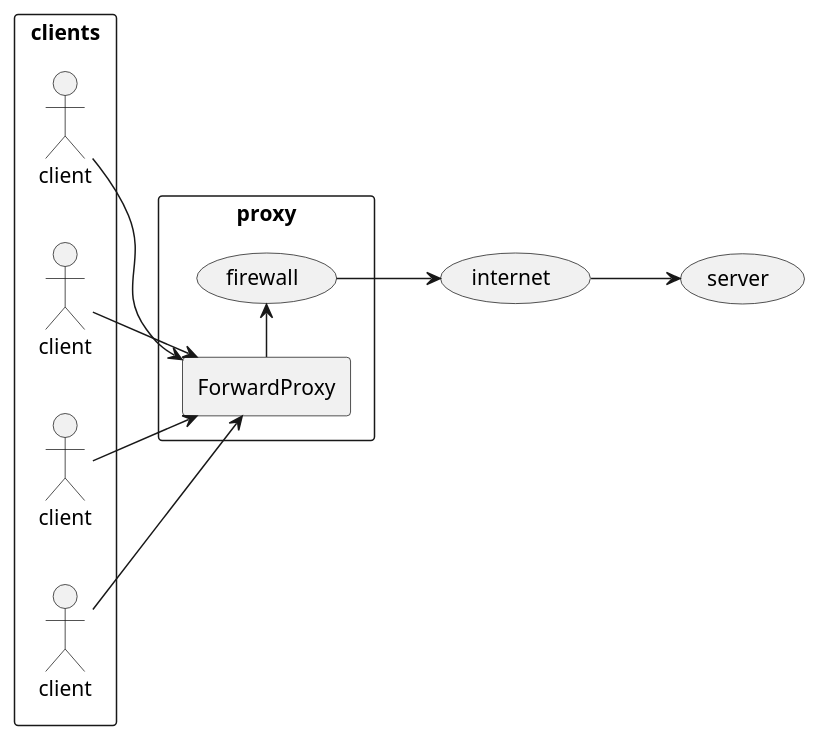
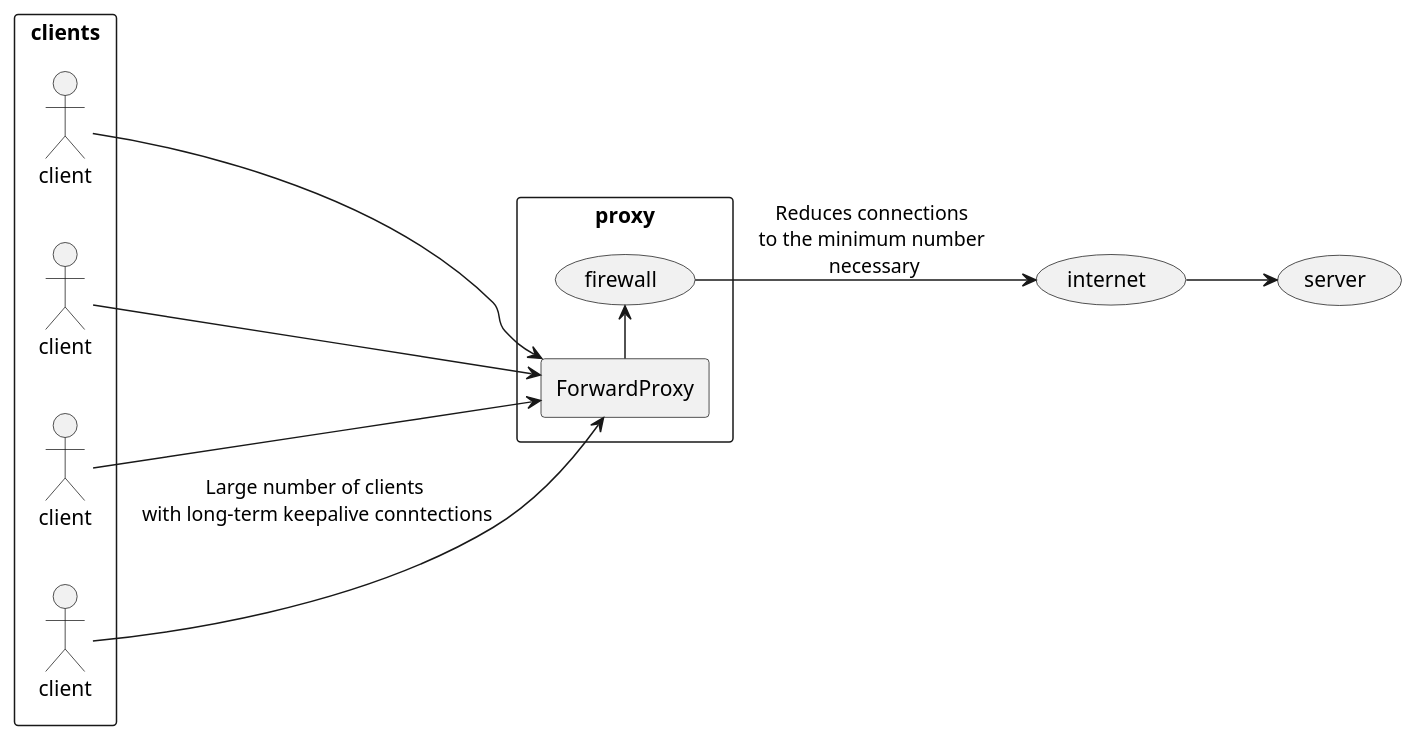
The second of 3 diagrams in Infra/Terminology/Proxy.md (gdh1829/Study-Note), drawn with PlantUML before and after one commit. The commit also changed other lines of this file, not shown here.

Commit message:
updated proxy terms

````diff
--- a/Infra/Terminology/Proxy.md
+++ b/Infra/Terminology/Proxy.md
@@ -36,27 +36,27 @@
 ```plantuml
 left to right direction
 
 rectangle clients {
     actor client as a
     actor client as b
     actor client as c
     actor client as d
 }
 
 rectangle proxy {
     rectangle ForwardProxy as fp
     (firewall) as fw
     fp -> fw
 }
 
 (internet)
 (server)
 
 a --> fp
 b --> fp
 c --> fp
-d --> fp
-fw --> internet
+d --> fp: Large number of clients \nwith long-term keepalive conntections
+fw --> internet: Reduces connections \nto the minimum number \nnecessary
 internet --> server
 
 ```
````
